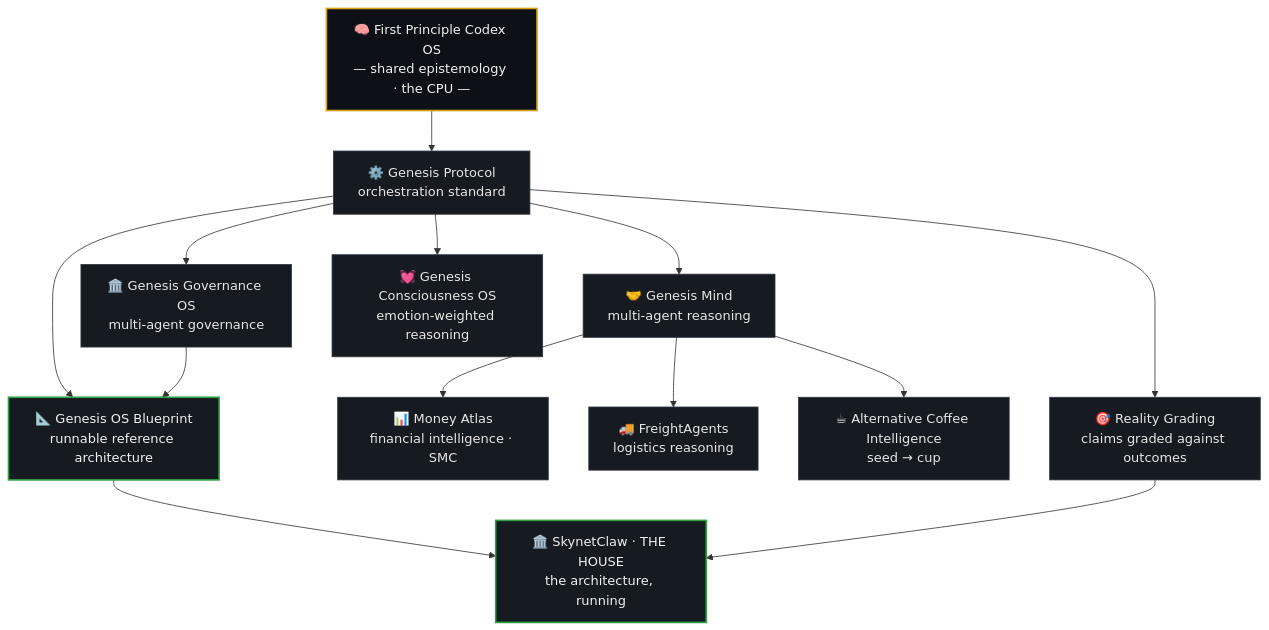
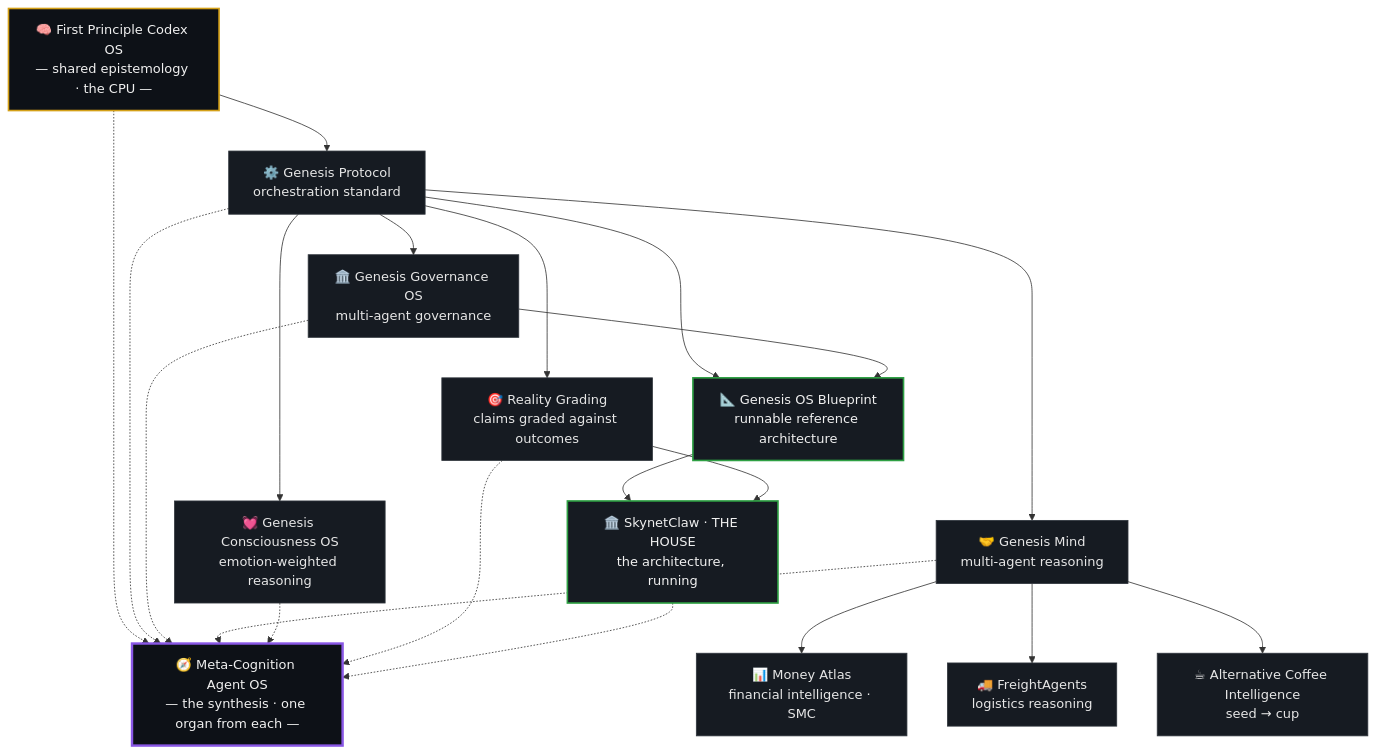
The diagram in README.md (ElmatadorZ/ElmatadorZ), drawn with Mermaid before and after one commit. The commit also changed other lines of this file, not shown here.

First line of the commit message:
docs: lead with Meta-Cognition Agent OS — the ecosystem, distilled into one file

````diff
--- a/README.md
+++ b/README.md
@@ -68,34 +90,45 @@
 ```mermaid
 graph TD
     FPCOS["🧠 First Principle Codex OS<br/>— shared epistemology · the CPU —"]
     GP["⚙️ Genesis Protocol<br/>orchestration standard"]
     GGOV["🏛️ Genesis Governance OS<br/>multi-agent governance"]
     GM["🤝 Genesis Mind<br/>multi-agent reasoning"]
     GC["💓 Genesis Consciousness OS<br/>emotion-weighted reasoning"]
     RG["🎯 Reality Grading<br/>claims graded against outcomes"]
     MA["📊 Money Atlas<br/>financial intelligence · SMC"]
     FR["🚚 FreightAgents<br/>logistics reasoning"]
     COF["☕ Alternative Coffee Intelligence<br/>seed → cup"]
     GOSB["📐 Genesis OS Blueprint<br/>runnable reference architecture"]
     SC["🏛️ SkynetClaw · THE HOUSE<br/>the architecture, running"]
+    MCOS["🧭 Meta-Cognition Agent OS<br/>— the synthesis · one organ from each —"]
 
     FPCOS --> GP
     GP --> GGOV
     GP --> GM
     GP --> GC
     GP --> RG
     GM --> MA
     GM --> FR
     GM --> COF
     GP --> GOSB
     GGOV --> GOSB
     GOSB --> SC
     RG --> SC
 
+    FPCOS -.-> MCOS
+    GP -.-> MCOS
+    GGOV -.-> MCOS
+    GM -.-> MCOS
+    GC -.-> MCOS
+    RG -.-> MCOS
+    SC -.-> MCOS
+
     classDef base fill:#0d1117,stroke:#d4a017,stroke-width:2px,color:#f0f0f0;
     classDef ship fill:#161b22,stroke:#2ea043,stroke-width:2px,color:#f0f0f0;
+    classDef flag fill:#0d1117,stroke:#8957e5,stroke-width:3px,color:#f0f0f0;
     classDef node fill:#161b22,stroke:#30363d,stroke-width:1px,color:#e6e6e6;
     class FPCOS base;
     class SC,GOSB ship;
+    class MCOS flag;
     class GP,GGOV,GM,GC,RG,MA,FR,COF node;
 ```
````
